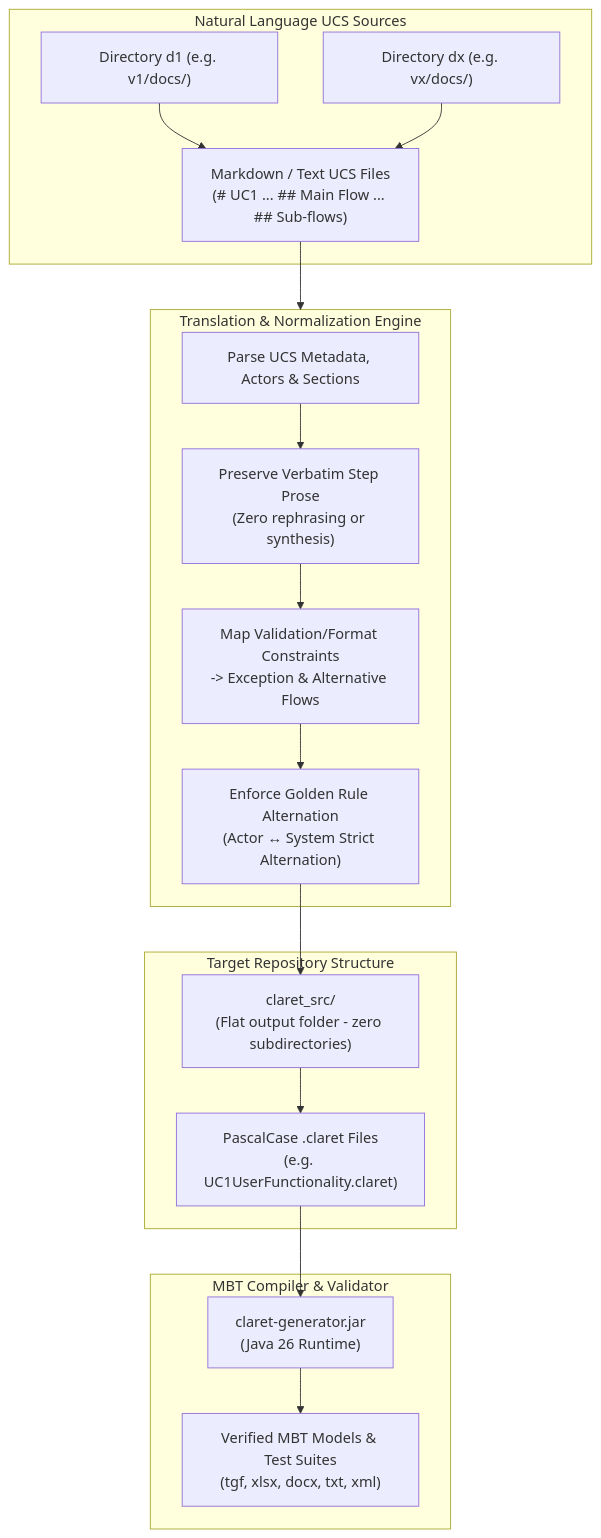
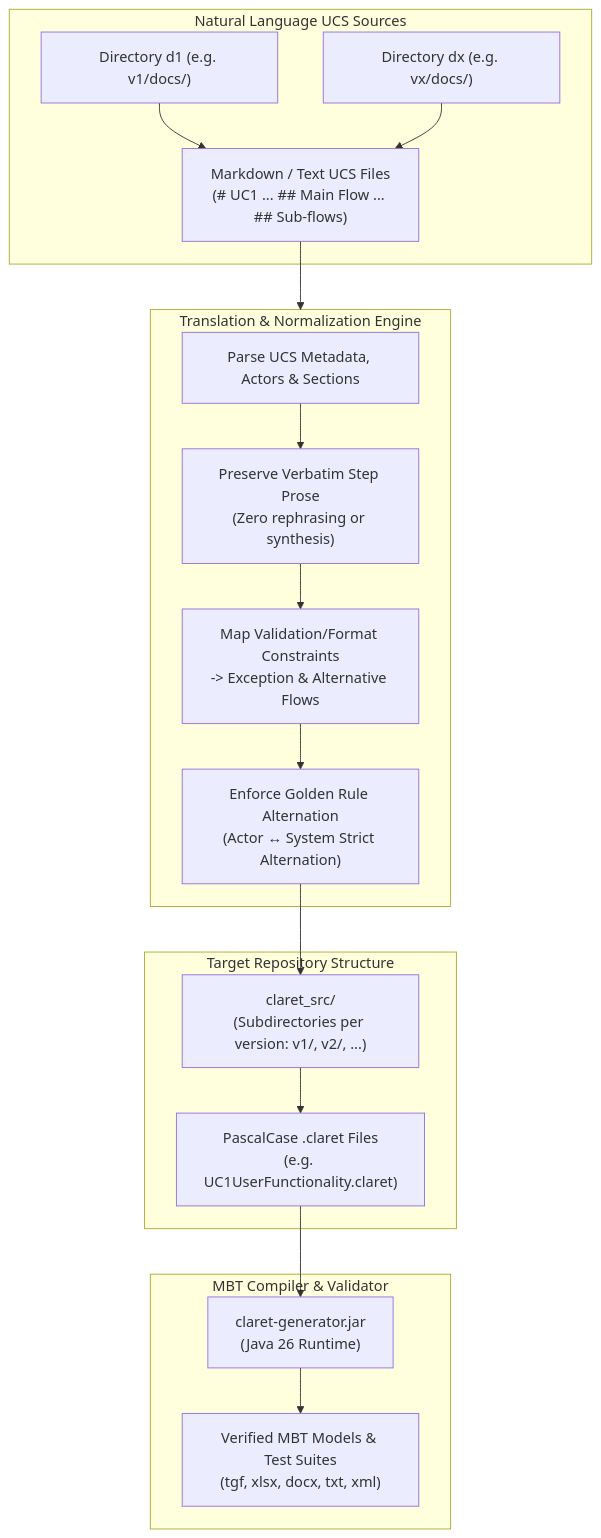
The diagram in .agent/skills/ucs-to-claret/SKILL.md (diegoquirino/openscience), drawn with Mermaid before and after one commit. The commit also changed other lines of this file and 9 other files, not shown here.

Commit message:
feat(translator): organize claret_src output into versioned subdirectories

````diff
--- a/.agent/skills/ucs-to-claret/SKILL.md
+++ b/.agent/skills/ucs-to-claret/SKILL.md
@@ -14,33 +14,33 @@
 ```mermaid
 graph TD
     subgraph Inputs ["Natural Language UCS Sources"]
         D1["Directory d1 (e.g. v1/docs/)"]
         DX["Directory dx (e.g. vx/docs/)"]
         MD["Markdown / Text UCS Files<br/>(# UC1 ... ## Main Flow ... ## Sub-flows)"]
         D1 & DX --> MD
     end
 
     subgraph TranslatorEngine ["Translation & Normalization Engine"]
         EXTRACT["Parse UCS Metadata, Actors & Sections"]
         TEXT["Preserve Verbatim Step Prose<br/>(Zero rephrasing or synthesis)"]
         RULES["Map Validation/Format Constraints<br/>-> Exception & Alternative Flows"]
         GOLDEN["Enforce Golden Rule Alternation<br/>(Actor &harr; System Strict Alternation)"]
         EXTRACT --> TEXT --> RULES --> GOLDEN
     end
 
     subgraph OutputDestination ["Target Repository Structure"]
-        FLAT["claret_src/<br/>(Flat output folder - zero subdirectories)"]
+        VERSIONED["claret_src/<br/>(Subdirectories per version: v1/, v2/, ...)"]
         SPEC["PascalCase .claret Files<br/>(e.g. UC1UserFunctionality.claret)"]
-        FLAT --> SPEC
+        VERSIONED --> SPEC
     end
 
     subgraph ValidationEngine ["MBT Compiler & Validator"]
         JAR["claret-generator.jar<br/>(Java 26 Runtime)"]
         TESTS["Verified MBT Models & Test Suites<br/>(tgf, xlsx, docx, txt, xml)"]
         JAR --> TESTS
     end
 
     MD --> TranslatorEngine
-    GOLDEN --> FLAT
+    GOLDEN --> VERSIONED
     SPEC --> JAR
 ```
````
